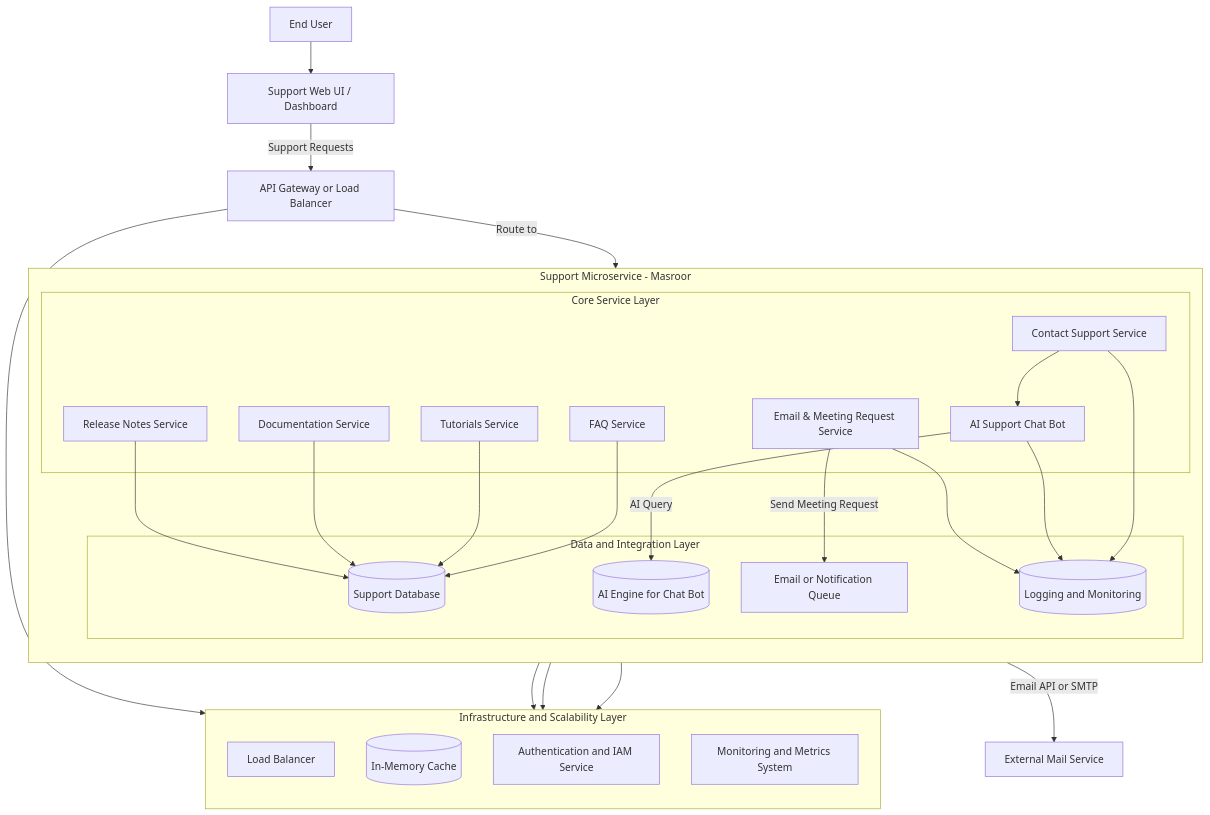
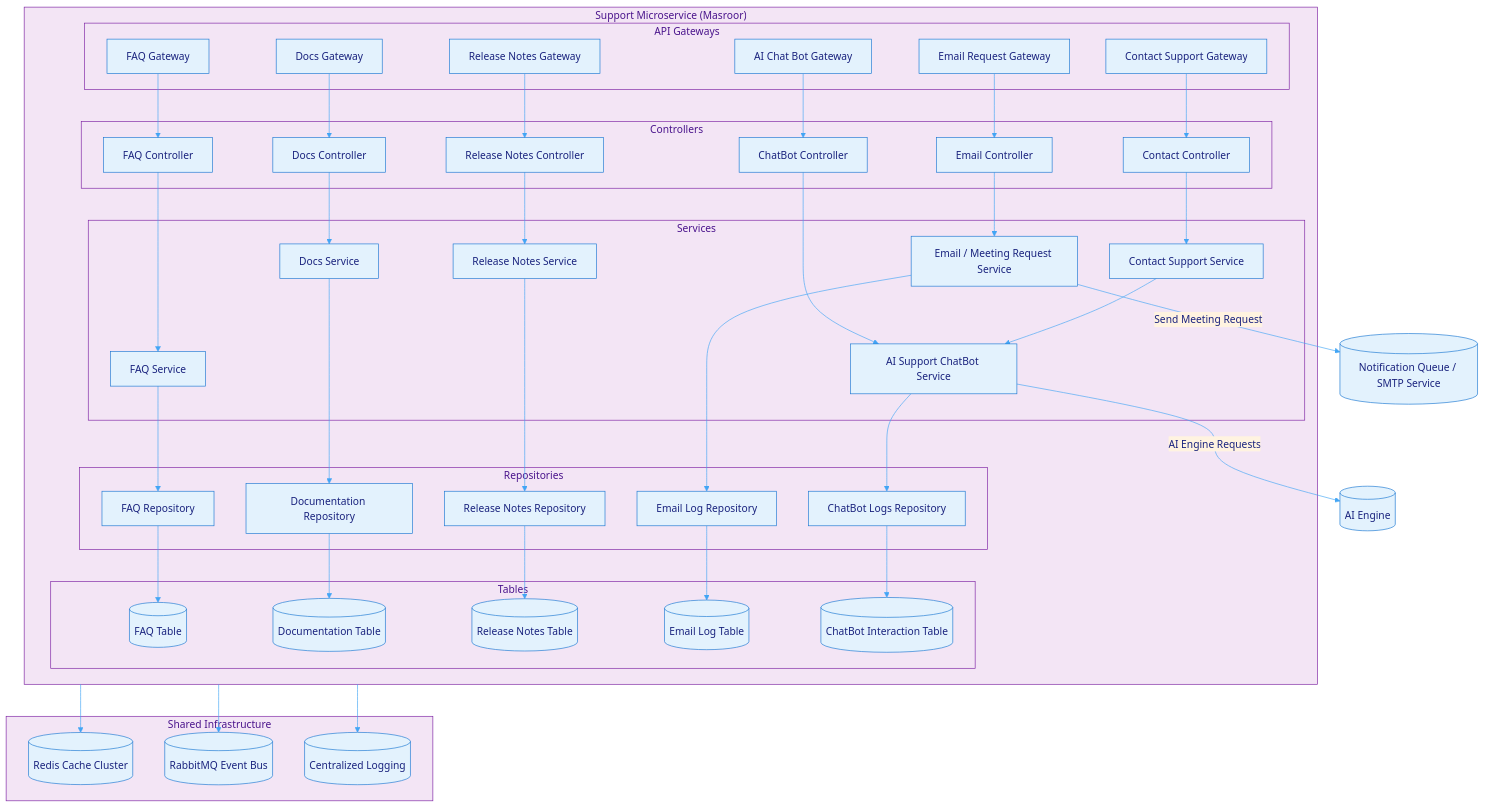
Before and after one commit to MmagdyHafezZ/pitch: the diagram in docs/architecture/MicroServices/Support/architecture.mmd, drawn with Mermaid. The commit also changed 1 other file, not shown here.

```diff
--- a/docs/architecture/MicroServices/Support/architecture.mmd
+++ b/docs/architecture/MicroServices/Support/architecture.mmd
@@ -1,71 +1,124 @@
-graph TD
-    %% ===========================
-    %% ENTRY POINTS
-    %% ===========================
-    User[End User]
-    UI[Support Web UI / Dashboard]
-    API[API Gateway or Load Balancer]
+%%{init: {'theme':'base', 'themeVariables': { 
+  'primaryColor':'#e3f2fd',
+  'primaryTextColor':'#1a237e',
+  'primaryBorderColor':'#1976d2',
+  'lineColor':'#42a5f5',
+  'secondaryColor':'#fff3e0',
+  'secondaryTextColor':'#e65100',
+  'secondaryBorderColor':'#fb8c00',
+  'tertiaryColor':'#f3e5f5',
+  'tertiaryTextColor':'#4a148c',
+  'tertiaryBorderColor':'#7b1fa2',
+  'noteBkgColor':'#fff9c4',
+  'noteTextColor':'#f57f17'
+}}}%%
+flowchart TB
 
-    %% ===========================
-    %% SUPPORT MICROSERVICE CORE
-    %% ===========================
-    subgraph Support_Microservice["Support Microservice - Masroor"]
-        direction TB
+%% ===========================
+%% SUPPORT MICROSERVICE STRUCTURE
+%% ===========================
 
-        subgraph Core_Services["Core Service Layer"]
-            FAQ[FAQ Service]
-            Tutorials[Tutorials Service]
-            Docs[Documentation Service]
-            Contact[Contact Support Service]
-            ChatBot[AI Support Chat Bot]
-            Release[Release Notes Service]
-            Email[Email & Meeting Request Service]
-        end
+subgraph API["API Gateways"]
+    FAQGW["FAQ Gateway"]
+    DocsGW["Docs Gateway"]
+    ContactGW["Contact Support Gateway"]
+    ChatGW["AI Chat Bot Gateway"]
+    RelGW["Release Notes Gateway"]
+    EmailGW["Email Request Gateway"]
+end
 
-        subgraph Data_Layer["Data and Integration Layer"]
-            SupportDB[(Support Database)]
-            Logs[(Logging and Monitoring)]
-            Notification[Email or Notification Queue]
-            AIEngine[(AI Engine for Chat Bot)]
-        end
-    end
+subgraph CTRL["Controllers"]
+    FAQCtrl["FAQ Controller"]
+    DocsCtrl["Docs Controller"]
+    ContactCtrl["Contact Controller"]
+    ChatCtrl["ChatBot Controller"]
+    RelCtrl["Release Notes Controller"]
+    EmailCtrl["Email Controller"]
+end
 
-    %% ===========================
-    %% INTERACTIONS
-    %% ===========================
-    User --> UI
-    UI -->|Support Requests| API
-    API -->|Route to| Support_Microservice
+subgraph SVC["Services"]
+    FAQSvc["FAQ Service"]
+    DocsSvc["Docs Service"]
+    ContactSvc["Contact Support Service"]
+    ChatSvc["AI Support ChatBot Service"]
+    RelSvc["Release Notes Service"]
+    EmailSvc["Email / Meeting Request Service"]
+end
 
-    %% Core Service Connections
-    Contact --> ChatBot
-    ChatBot -->|AI Query| AIEngine
-    Email -->|Send Meeting Request| Notification
-    FAQ --> SupportDB
-    Tutorials --> SupportDB
-    Docs --> SupportDB
-    Release --> SupportDB
-    Contact --> Logs
-    ChatBot --> Logs
-    Email --> Logs
+subgraph REPO["Repositories"]
+    FAQRepo["FAQ Repository"]
+    DocsRepo["Documentation Repository"]
+    RelRepo["Release Notes Repository"]
+    EmailRepo["Email Log Repository"]
+    ChatRepo["ChatBot Logs Repository"]
+end
 
-    %% ===========================
-    %% INFRASTRUCTURE & SCALABILITY
-    %% ===========================
-    subgraph Infra["Infrastructure and Scalability Layer"]
-        direction TB
-        LB[Load Balancer]
-        Cache[(In-Memory Cache)]
-        Auth[Authentication and IAM Service]
-        Metrics[Monitoring and Metrics System]
-    end
+subgraph Table["Tables"]
+    FAQTable[("FAQ Table")]
+    DocsTable[("Documentation Table")]
+    RelTable[("Release Notes Table")]
+    EmailTable[("Email Log Table")]
+    ChatTable[("ChatBot Interaction Table")]
+end
 
-    API --> LB
-    Support_Microservice --> Cache
-    Support_Microservice --> Auth
-    Support_Microservice --> Metrics
+subgraph SupportMicroservice["Support Microservice (Masroor)"]
+    API
+    CTRL
+    SVC
+    REPO
+    Table
+end
 
-    %% ===========================
-    %% EXTERNAL COMMUNICATION
-    %% ===========================
-    Notification -->|Email API or SMTP| ExternalMail[External Mail Service]
+%% ===========================
+%% INTERNAL FLOWS
+%% ===========================
+
+%% Gateways to Controllers
+FAQGW --> FAQCtrl
+DocsGW --> DocsCtrl
+ContactGW --> ContactCtrl
+ChatGW --> ChatCtrl
+RelGW --> RelCtrl
+EmailGW --> EmailCtrl
+
+%% Controllers to Services
+FAQCtrl --> FAQSvc
+DocsCtrl --> DocsSvc
+ContactCtrl --> ContactSvc
+ChatCtrl --> ChatSvc
+RelCtrl --> RelSvc
+EmailCtrl --> EmailSvc
+
+%% Services to Repositories
+FAQSvc --> FAQRepo
+DocsSvc --> DocsRepo
+RelSvc --> RelRepo
+EmailSvc --> EmailRepo
+ChatSvc --> ChatRepo
+
+%% Repositories to Tables
+FAQRepo --> FAQTable
+DocsRepo --> DocsTable
+RelRepo --> RelTable
+EmailRepo --> EmailTable
+ChatRepo --> ChatTable
+
+%% ===========================
+%% CROSS-SERVICE INTERACTIONS
+%% ===========================
+ContactSvc --> ChatSvc
+ChatSvc -->|AI Engine Requests| AIEngine[(AI Engine)]
+EmailSvc -->|Send Meeting Request| NotificationQueue[(Notification Queue / SMTP Service)]
+
+%% ===========================
+%% SHARED INFRASTRUCTURE
+%% ===========================
+subgraph SharedInfra["Shared Infrastructure"]
+    Redis[(Redis Cache Cluster)]
+    RabbitMQ[(RabbitMQ Event Bus)]
+    Logger[(Centralized Logging)]
+end
+
+SupportMicroservice --> Redis
+SupportMicroservice --> RabbitMQ
+SupportMicroservice --> Logger
```
